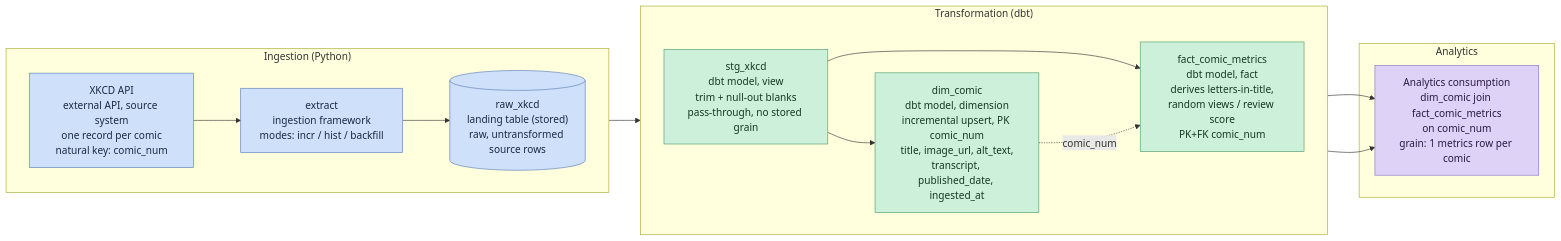
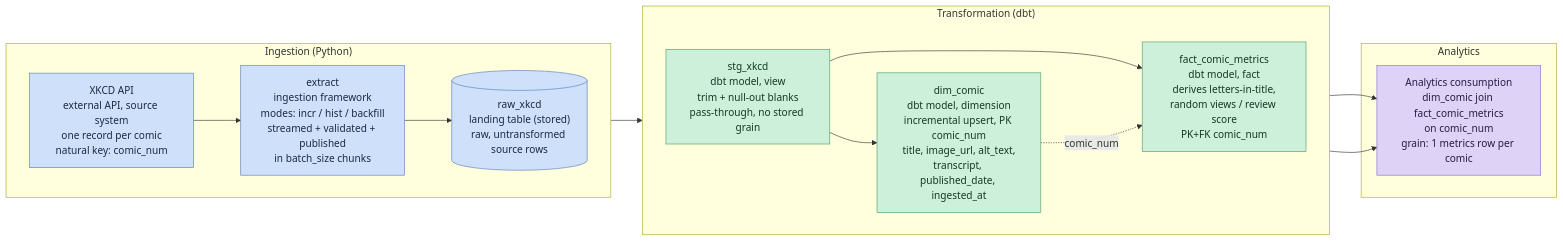
Before and after one commit to kamalbathula38-glitch/jet_data_engineering: the diagram in docs/xkcd/architecture.md, drawn with Mermaid. The commit also changed other lines of this file and 6 other files, not shown here.

````diff
--- a/docs/xkcd/architecture.md
+++ b/docs/xkcd/architecture.md
@@ -6,35 +6,35 @@
 ```mermaid
 flowchart LR
     subgraph ingestion["Ingestion (Python)"]
         direction LR
         API["XKCD API<br/>external API, source system<br/>one record per comic<br/>natural key: comic_num"]
-        EXTRACT["extract<br/>ingestion framework<br/>modes: incr / hist / backfill"]
+        EXTRACT["extract<br/>ingestion framework<br/>modes: incr / hist / backfill<br/>streamed + validated + published<br/>in batch_size chunks"]
         RAW[("raw_xkcd<br/>landing table (stored)<br/>raw, untransformed source rows")]
         API --> EXTRACT --> RAW
     end
 
     subgraph transform["Transformation (dbt)"]
         direction LR
         STG["stg_xkcd<br/>dbt model, view<br/>trim + null-out blanks<br/>pass-through, no stored grain"]
         DIM["dim_comic<br/>dbt model, dimension<br/>incremental upsert, PK comic_num<br/>title, image_url, alt_text,<br/>transcript, published_date, ingested_at"]
         FACT["fact_comic_metrics<br/>dbt model, fact<br/>derives letters-in-title,<br/>random views / review score<br/>PK+FK comic_num"]
         STG --> DIM
         STG --> FACT
         DIM -. comic_num .-> FACT
     end
 
     subgraph analytics["Analytics"]
         CONSUME["Analytics consumption<br/>dim_comic join fact_comic_metrics<br/>on comic_num<br/>grain: 1 metrics row per comic"]
     end
 
     RAW --> STG
     DIM --> CONSUME
     FACT --> CONSUME
 
     classDef ingest fill:#cfe0fb,stroke:#5a7fb8,color:#1a2a44;
     classDef xform fill:#cdf0da,stroke:#4f9e6b,color:#133a22;
     classDef out fill:#ded3f7,stroke:#8a6fc9,color:#2a1a44;
     class API,EXTRACT,RAW ingest;
     class STG,DIM,FACT xform;
     class CONSUME out;
 ```
````
